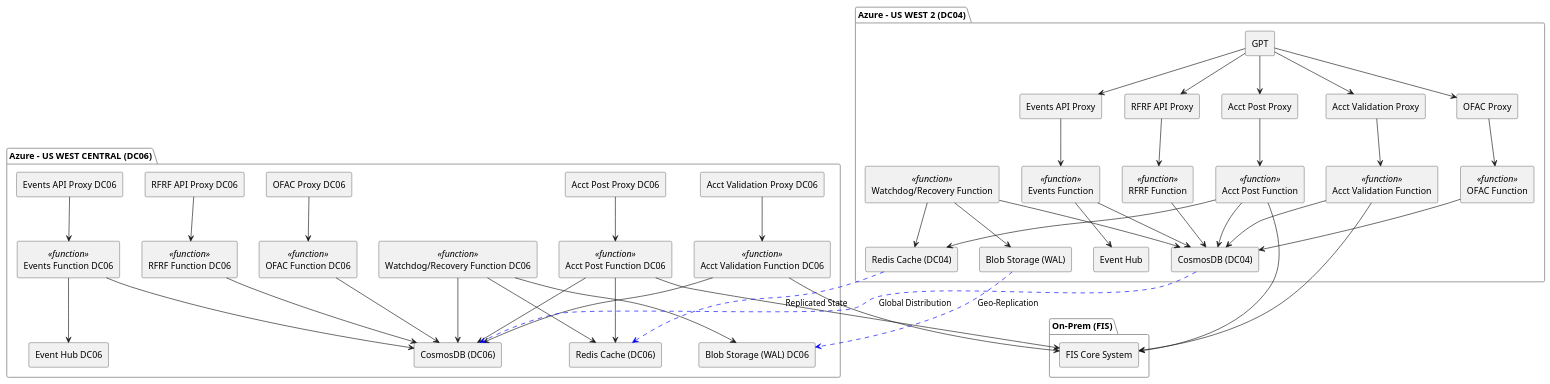
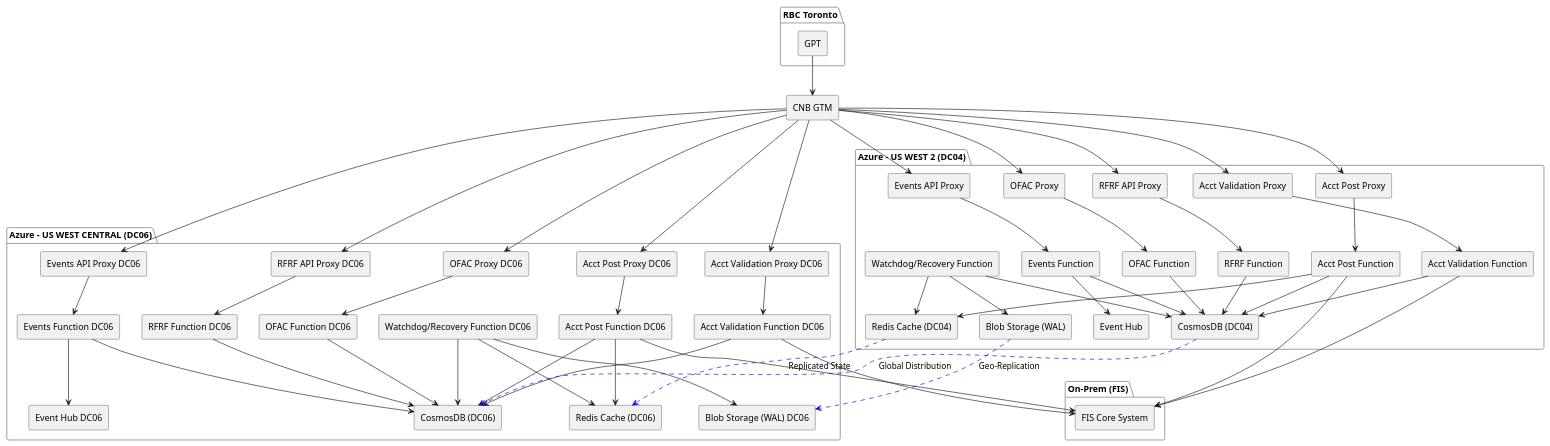
The diagram in puml/rtp-arch-01.puml (dboling75/mtmx-watcher), drawn with PlantUML before and after one commit. The commit also changed 4 other files, not shown here.

```diff
--- a/puml/rtp-arch-01.puml
+++ b/puml/rtp-arch-01.puml
@@ -1,117 +1,132 @@
 @startuml
 skinparam componentStyle rectangle
 skinparam shadowing false
 skinparam rectangle {
   BackgroundColor #F9F9F9
   BorderColor #333
 }
 skinparam package {
   BackgroundColor #FFFFFF
   BorderColor #999
 }
 
+' RBC Group (External)
+package "RBC Toronto" {
+  [GPT]
+}
+
+' CNB Gateway
+[CNB GTM]
+
+GPT --> [CNB GTM]
+
 ' On-Prem Group
 package "On-Prem (FIS)" {
   [FIS Core System] as FIS
 }
 
 ' Azure Region 1
 package "Azure - US WEST 2 (DC04)" {
-  [GPT] 
   [Acct Validation Proxy]
   [Acct Post Proxy]
   [OFAC Proxy]
   [Events API Proxy]
   [RFRF API Proxy]
-  [Acct Validation Function] <<function>>
-  [Acct Post Function] <<function>>
-  [OFAC Function] <<function>>
-  [Events Function] <<function>>
-  [RFRF Function] <<function>>
-  [Watchdog/Recovery Function] <<function>>
+  [Acct Validation Function]
+  [Acct Post Function]
+  [OFAC Function]
+  [Events Function]
+  [RFRF Function]
+  [Watchdog/Recovery Function]
   [Blob Storage (WAL)]
   [Event Hub]
   [Redis Cache (DC04)]
   [CosmosDB (DC04)]
 }
 
 ' Azure Region 2
 package "Azure - US WEST CENTRAL (DC06)" {
   [Acct Validation Proxy DC06]
   [Acct Post Proxy DC06]
   [OFAC Proxy DC06]
   [Events API Proxy DC06]
   [RFRF API Proxy DC06]
-  [Acct Validation Function DC06] <<function>>
-  [Acct Post Function DC06] <<function>>
-  [OFAC Function DC06] <<function>>
-  [Events Function DC06] <<function>>
-  [RFRF Function DC06] <<function>>
-  [Watchdog/Recovery Function DC06] <<function>>
+  [Acct Validation Function DC06]
+  [Acct Post Function DC06]
+  [OFAC Function DC06]
+  [Events Function DC06]
+  [RFRF Function DC06]
+  [Watchdog/Recovery Function DC06]
   [Blob Storage (WAL) DC06]
   [Event Hub DC06]
   [Redis Cache (DC06)]
   [CosmosDB (DC06)]
 }
 
-' GPT sends inbound messages
-GPT --> [Acct Validation Proxy]
-GPT --> [Acct Post Proxy]
-GPT --> [OFAC Proxy]
-GPT --> [Events API Proxy]
-GPT --> [RFRF API Proxy]
+' CNB GTM routes to all proxies
+[CNB GTM] --> [Acct Validation Proxy]
+[CNB GTM] --> [Acct Post Proxy]
+[CNB GTM] --> [OFAC Proxy]
+[CNB GTM] --> [Events API Proxy]
+[CNB GTM] --> [RFRF API Proxy]
+
+[CNB GTM] --> [Acct Validation Proxy DC06]
+[CNB GTM] --> [Acct Post Proxy DC06]
+[CNB GTM] --> [OFAC Proxy DC06]
+[CNB GTM] --> [Events API Proxy DC06]
+[CNB GTM] --> [RFRF API Proxy DC06]
 
 ' Function flows (DC04)
 [Acct Validation Proxy] --> [Acct Validation Function]
 [Acct Validation Function] --> FIS
 [Acct Validation Function] --> [CosmosDB (DC04)]
 
 [Acct Post Proxy] --> [Acct Post Function]
 [Acct Post Function] --> FIS
 [Acct Post Function] --> [CosmosDB (DC04)]
 [Acct Post Function] --> [Redis Cache (DC04)]
 
 [OFAC Proxy] --> [OFAC Function]
 [OFAC Function] --> [CosmosDB (DC04)]
 
 [Events API Proxy] --> [Events Function]
 [Events Function] --> [Event Hub]
 [Events Function] --> [CosmosDB (DC04)]
 
 [RFRF API Proxy] --> [RFRF Function]
 [RFRF Function] --> [CosmosDB (DC04)]
 
 [Watchdog/Recovery Function] --> [Blob Storage (WAL)]
 [Watchdog/Recovery Function] --> [CosmosDB (DC04)]
 [Watchdog/Recovery Function] --> [Redis Cache (DC04)]
 
 ' Function flows (DC06)
 [Acct Validation Proxy DC06] --> [Acct Validation Function DC06]
 [Acct Validation Function DC06] --> FIS
 [Acct Validation Function DC06] --> [CosmosDB (DC06)]
 
 [Acct Post Proxy DC06] --> [Acct Post Function DC06]
 [Acct Post Function DC06] --> FIS
 [Acct Post Function DC06] --> [CosmosDB (DC06)]
 [Acct Post Function DC06] --> [Redis Cache (DC06)]
 
 [OFAC Proxy DC06] --> [OFAC Function DC06]
 [OFAC Function DC06] --> [CosmosDB (DC06)]
 
 [Events API Proxy DC06] --> [Events Function DC06]
 [Events Function DC06] --> [Event Hub DC06]
 [Events Function DC06] --> [CosmosDB (DC06)]
 
 [RFRF API Proxy DC06] --> [RFRF Function DC06]
 [RFRF Function DC06] --> [CosmosDB (DC06)]
 
 [Watchdog/Recovery Function DC06] --> [Blob Storage (WAL) DC06]
 [Watchdog/Recovery Function DC06] --> [CosmosDB (DC06)]
 [Watchdog/Recovery Function DC06] --> [Redis Cache (DC06)]
 
 ' Replication Arrows
 [Redis Cache (DC04)] -[#blue,dashed]-> [Redis Cache (DC06)] : Replicated State
 [CosmosDB (DC04)] -[#blue,dashed]-> [CosmosDB (DC06)] : Global Distribution
 [Blob Storage (WAL)] -[#blue,dashed]-> [Blob Storage (WAL) DC06] : Geo-Replication
 
 @enduml
```
